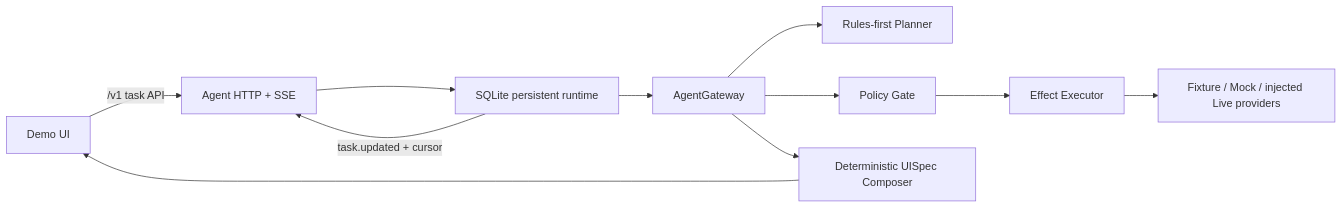
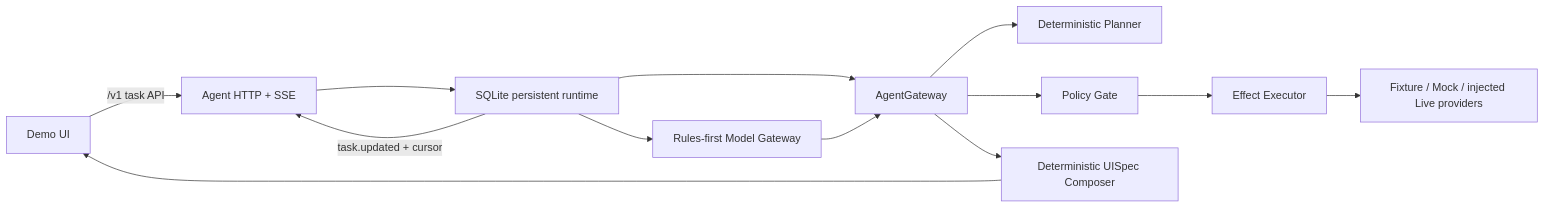
One commit to yanqing7914/canvasflow changed the diagram in README.md. Above: the diagram before and after it, drawn with Mermaid. The commit also changed other lines of this file, not shown here.

Commit message:
docs: align model runtime configuration

````diff
--- a/README.md
+++ b/README.md
@@ -7,13 +7,15 @@
 ```mermaid
 flowchart LR
   User["Demo UI"] -->|"/v1 task API"| HTTP["Agent HTTP + SSE"]
   HTTP --> Runtime["SQLite persistent runtime"]
   Runtime --> Gateway["AgentGateway"]
-  Gateway --> Planner["Rules-first Planner"]
+  Runtime --> Model["Rules-first Model Gateway"]
+  Model --> Gateway
+  Gateway --> Planner["Deterministic Planner"]
   Gateway --> Policy["Policy Gate"]
   Policy --> Effects["Effect Executor"]
   Effects --> Providers["Fixture / Mock / injected Live providers"]
   Gateway --> Composer["Deterministic UISpec Composer"]
   Composer --> User
   Runtime -->|"task.updated + cursor"| HTTP
 ```
````
